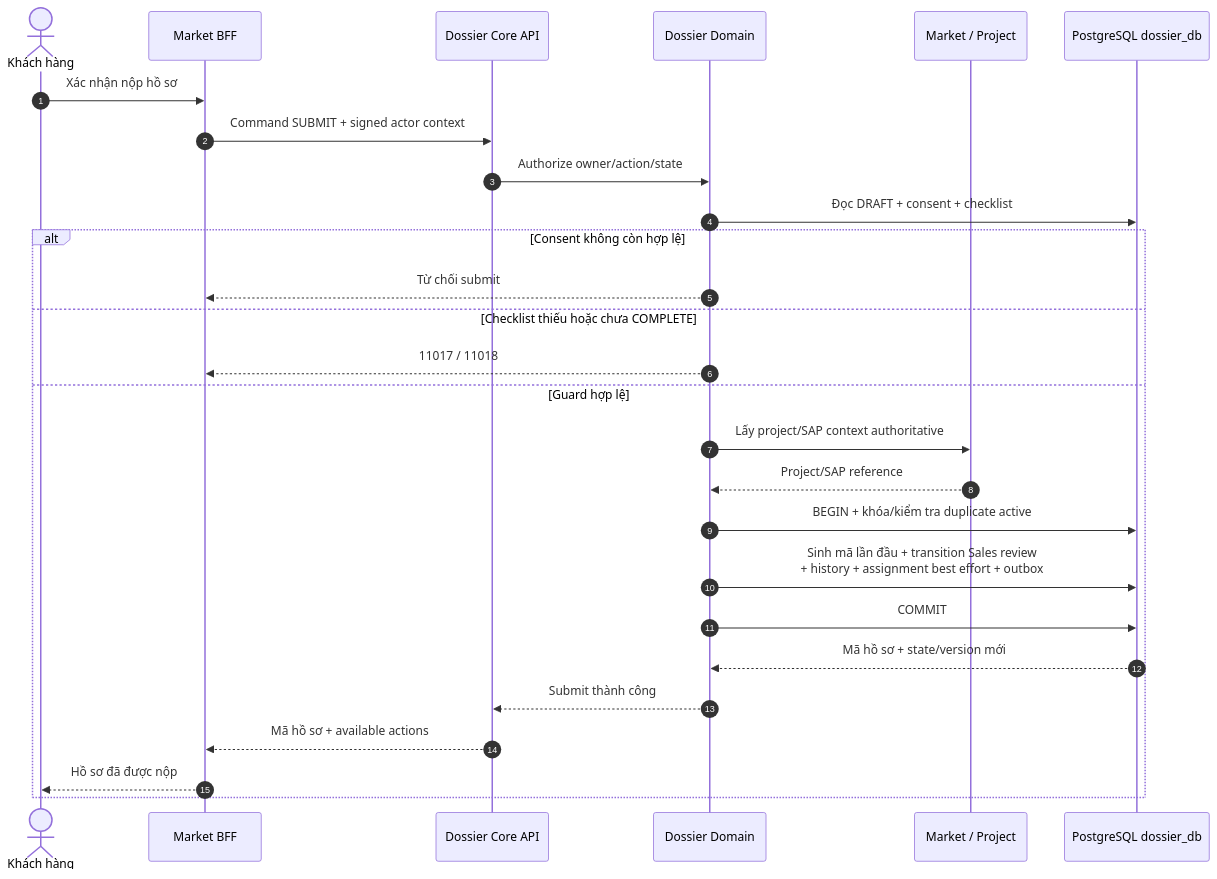
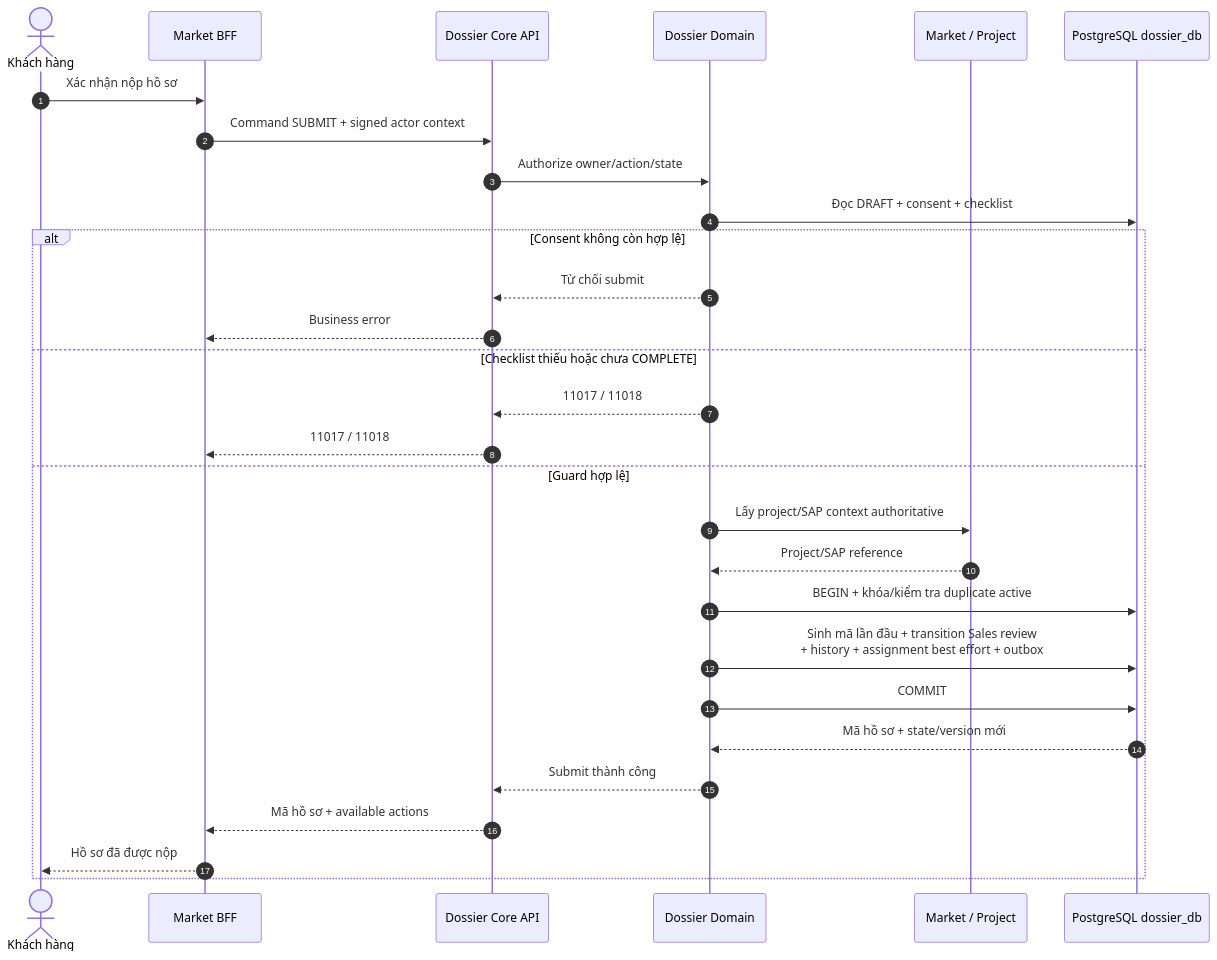
Diagram 12 of 16 in tdd-dossier.md (huynv-xyz/vhm), drawn with Mermaid before and after one commit. The commit also changed other lines of this file, not shown here.

````diff
--- a/tdd-dossier.md
+++ b/tdd-dossier.md
@@ -1020,30 +1330,32 @@
 ```mermaid
 sequenceDiagram
     autonumber
     actor User as Khách hàng
     participant BFF as Market BFF
     participant API as Dossier Core API
     participant Domain as Dossier Domain
     participant Project as Market / Project
     participant DB as PostgreSQL dossier_db
 
     User->>BFF: Xác nhận nộp hồ sơ
     BFF->>API: Command SUBMIT + signed actor context
     API->>Domain: Authorize owner/action/state
     Domain->>DB: Đọc DRAFT + consent + checklist
     alt Consent không còn hợp lệ
-        Domain-->>BFF: Từ chối submit
+        Domain-->>API: Từ chối submit
+        API-->>BFF: Business error
     else Checklist thiếu hoặc chưa COMPLETE
-        Domain-->>BFF: 11017 / 11018
+        Domain-->>API: 11017 / 11018
+        API-->>BFF: 11017 / 11018
     else Guard hợp lệ
         Domain->>Project: Lấy project/SAP context authoritative
         Project-->>Domain: Project/SAP reference
         Domain->>DB: BEGIN + khóa/kiểm tra duplicate active
         Domain->>DB: Sinh mã lần đầu + transition Sales review<br/>+ history + assignment best effort + outbox
         Domain->>DB: COMMIT
         DB-->>Domain: Mã hồ sơ + state/version mới
         Domain-->>API: Submit thành công
         API-->>BFF: Mã hồ sơ + available actions
         BFF-->>User: Hồ sơ đã được nộp
     end
 ```
````
